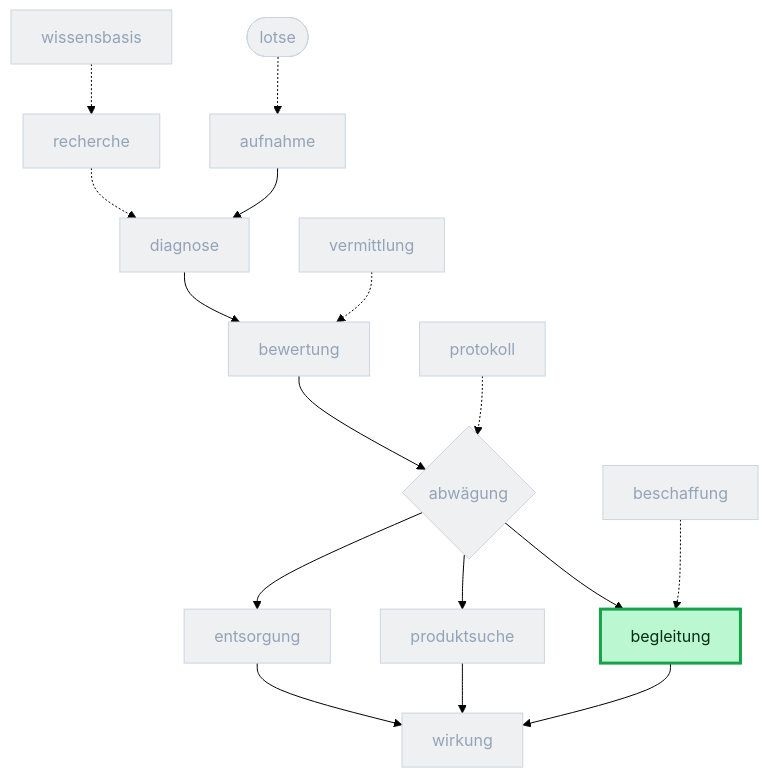
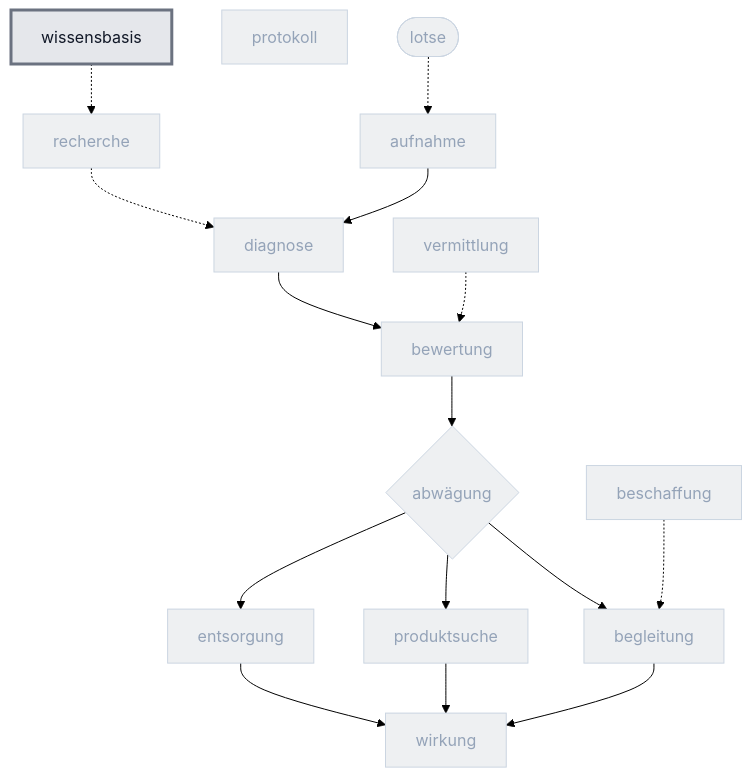
The seventh of 15 diagrams in docs/folien/runtime-roles.adoc (DigitaleOberlausitz/hackathon2026_RepairApp), drawn with Mermaid (forest theme) before and after one commit. The commit also changed other lines of this file and 2 other files, not shown here.

First line of the commit message:
docs(folien): Rollen-Folien narrativ (just-in-time) ordnen + schärfere Diagramme

```diff
--- a/docs/folien/runtime-roles.adoc
+++ b/docs/folien/runtime-roles.adoc
@@ -359,31 +381,30 @@
 [mermaid]
 ....
 flowchart TB
   classDef dim fill:#eef0f2,stroke:#cbd5e1,color:#94a3b8
-  classDef active fill:#bbf7d0,stroke:#16a34a,stroke-width:3px,color:#052e16
+  classDef active fill:#e5e7eb,stroke:#6b7280,stroke-width:3px,color:#111827
   lotse([lotse]):::dim
   aufnahme[aufnahme]:::dim
   diagnose[diagnose]:::dim
   bewertung[bewertung]:::dim
   abwaegung{abwägung}:::dim
   begleitung[begleitung]:::dim
   produktsuche[produktsuche]:::dim
   entsorgung[entsorgung]:::dim
   wirkung[wirkung]:::dim
   recherche[recherche]:::dim
   vermittlung[vermittlung]:::dim
   beschaffung[beschaffung]:::dim
   protokoll[protokoll]:::dim
   wissensbasis[wissensbasis]:::dim
   lotse -.-> aufnahme
   aufnahme --> diagnose --> bewertung --> abwaegung
   abwaegung --> begleitung --> wirkung
   abwaegung --> produktsuche --> wirkung
   abwaegung --> entsorgung --> wirkung
   recherche -.-> diagnose
   vermittlung -.-> bewertung
   beschaffung -.-> begleitung
-  protokoll -.-> abwaegung
   wissensbasis -.-> recherche
-  class begleitung active
+  class wissensbasis active
 ....
```
